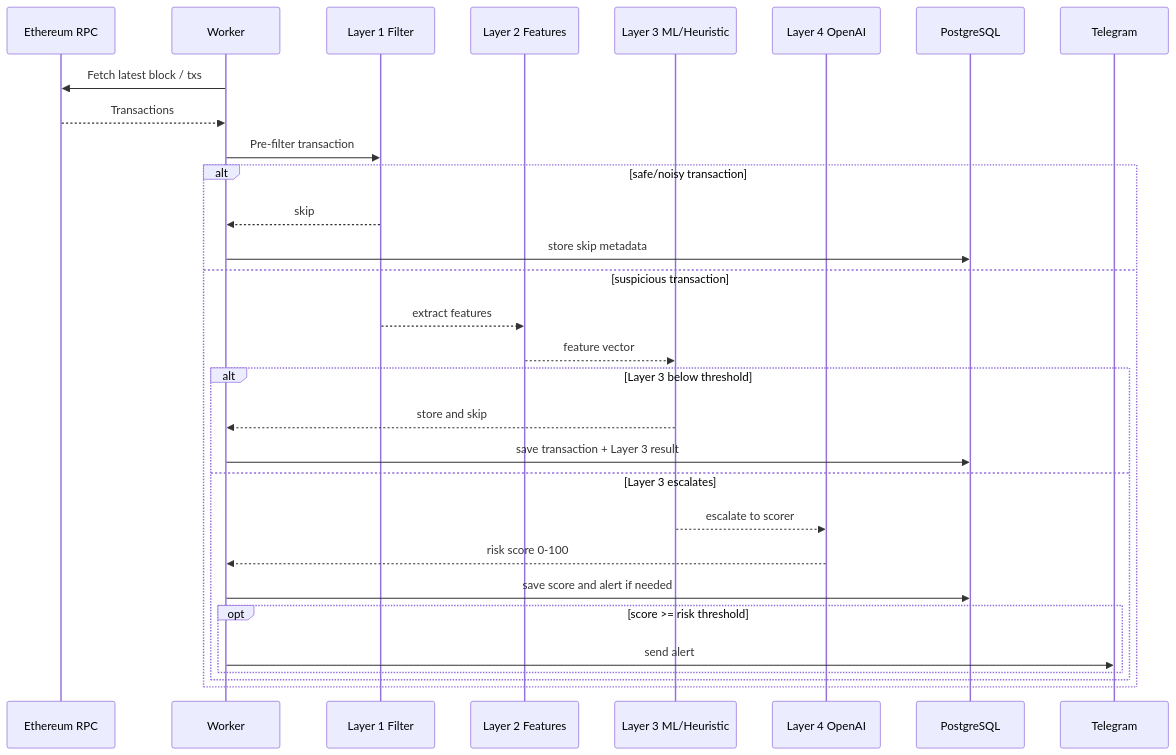
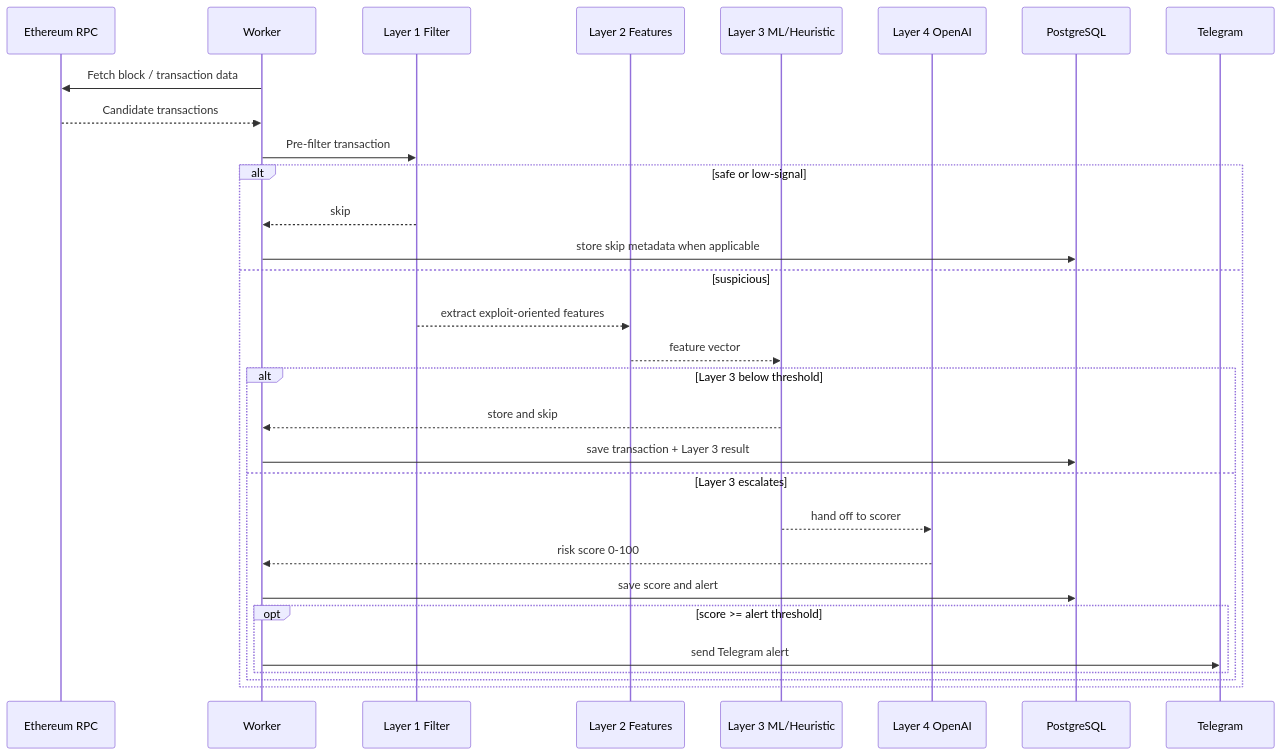
Before and after one commit to hasansazly/Talosly-startup: the second of 3 diagrams in README.md, drawn with Mermaid. The commit also changed other lines of this file, not shown here.

````diff
--- a/README.md
+++ b/README.md
@@ -170,33 +91,33 @@
 ```mermaid
 sequenceDiagram
   participant RPC as Ethereum RPC
   participant W as Worker
   participant L1 as Layer 1 Filter
   participant L2 as Layer 2 Features
   participant L3 as Layer 3 ML/Heuristic
   participant L4 as Layer 4 OpenAI
   participant DB as PostgreSQL
   participant TG as Telegram
 
-  W->>RPC: Fetch latest block / txs
-  RPC-->>W: Transactions
+  W->>RPC: Fetch block / transaction data
+  RPC-->>W: Candidate transactions
   W->>L1: Pre-filter transaction
-  alt safe/noisy transaction
+  alt safe or low-signal
     L1-->>W: skip
-    W->>DB: store skip metadata
-  else suspicious transaction
-    L1-->>L2: extract features
+    W->>DB: store skip metadata when applicable
+  else suspicious
+    L1-->>L2: extract exploit-oriented features
     L2-->>L3: feature vector
     alt Layer 3 below threshold
       L3-->>W: store and skip
       W->>DB: save transaction + Layer 3 result
     else Layer 3 escalates
-      L3-->>L4: escalate to scorer
+      L3-->>L4: hand off to scorer
       L4-->>W: risk score 0-100
-      W->>DB: save score and alert if needed
-      opt score >= risk threshold
-        W->>TG: send alert
+      W->>DB: save score and alert
+      opt score >= alert threshold
+        W->>TG: send Telegram alert
       end
     end
   end
 ```
````
